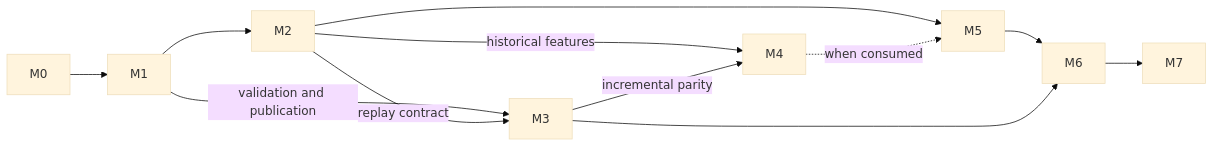
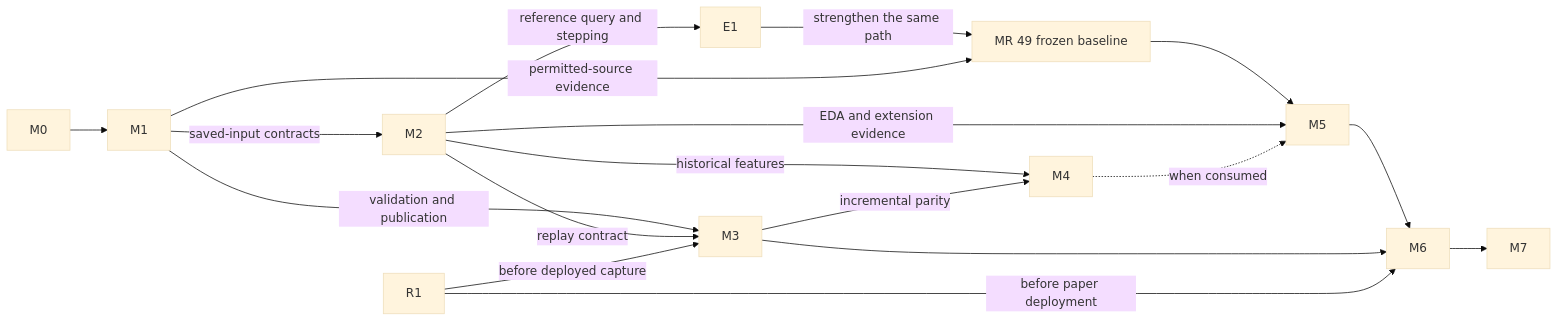
The diagram in docs/roadmap/capability-milestones.md (lixuanguang/alpha-research-lab-private), drawn with Mermaid (base theme) before and after one commit. The commit also changed other lines of this file and 12 other files, not shown here.

````diff
--- a/docs/roadmap/capability-milestones.md
+++ b/docs/roadmap/capability-milestones.md
@@ -39,10 +45,18 @@
 ```mermaid
 flowchart LR
-    M0 --> M1 --> M2 --> M5 --> M6 --> M7
+    M0 --> M1
+    M1 -->|saved-input contracts| M2
+    M2 -->|reference query and stepping| E1
+    E1 -->|strengthen the same path| P1[MR 49 frozen baseline]
+    M1 -->|permitted-source evidence| P1
+    P1 --> M5 --> M6 --> M7
+    M2 -->|EDA and extension evidence| M5
     M1 -->|validation and publication| M3
     M2 -->|replay contract| M3
     M2 -->|historical features| M4
     M3 -->|incremental parity| M4
     M4 -.->|when consumed| M5
     M3 --> M6
+    R1 -->|before deployed capture| M3
+    R1 -->|before paper deployment| M6
 ```
````
